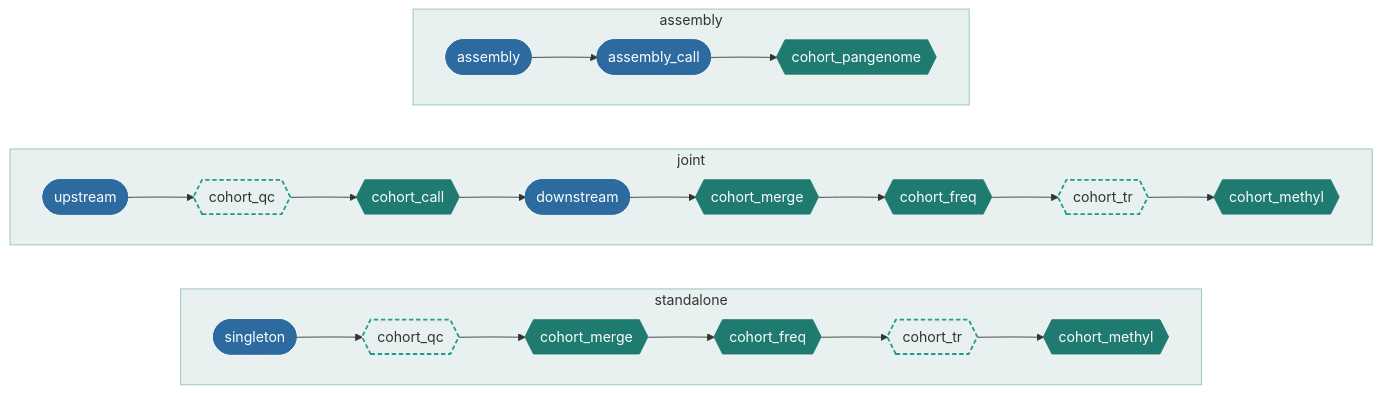
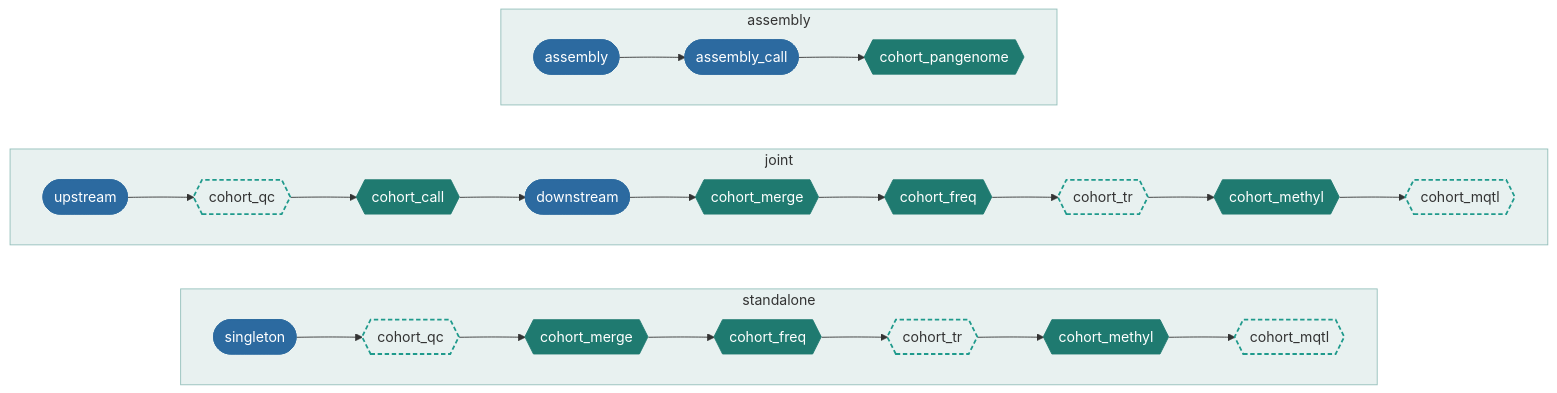
Before and after one commit to UppsalaGenomeCenter/ugc-wgw: the diagram in docs/guide/01-overview.md, drawn with Mermaid. The commit also changed other lines of this file and 39 other files, not shown here.

````diff
--- a/docs/guide/01-overview.md
+++ b/docs/guide/01-overview.md
@@ -39,21 +39,21 @@
 ```mermaid
 flowchart LR
   subgraph standalone
     direction LR
-    a1(["singleton"]):::sample --> a0{{"cohort_qc"}}:::optional --> a2{{"cohort_merge"}}:::cohort --> a3{{"cohort_freq"}}:::cohort --> a5{{"cohort_tr"}}:::optional --> a4{{"cohort_methyl"}}:::cohort
+    a1(["singleton"]):::sample --> a0{{"cohort_qc"}}:::optional --> a2{{"cohort_merge"}}:::cohort --> a3{{"cohort_freq"}}:::cohort --> a5{{"cohort_tr"}}:::optional --> a4{{"cohort_methyl"}}:::cohort --> a6{{"cohort_mqtl"}}:::optional
   end
   subgraph joint
     direction LR
-    b1(["upstream"]):::sample --> b0{{"cohort_qc"}}:::optional --> b2{{"cohort_call"}}:::cohort --> b3(["downstream"]):::sample --> b4{{"cohort_merge"}}:::cohort --> b5{{"cohort_freq"}}:::cohort --> b7{{"cohort_tr"}}:::optional --> b6{{"cohort_methyl"}}:::cohort
+    b1(["upstream"]):::sample --> b0{{"cohort_qc"}}:::optional --> b2{{"cohort_call"}}:::cohort --> b3(["downstream"]):::sample --> b4{{"cohort_merge"}}:::cohort --> b5{{"cohort_freq"}}:::cohort --> b7{{"cohort_tr"}}:::optional --> b6{{"cohort_methyl"}}:::cohort --> b8{{"cohort_mqtl"}}:::optional
   end
   subgraph assembly
     direction LR
     c1(["assembly"]):::sample --> c2(["assembly_call"]):::sample --> c3{{"cohort_pangenome"}}:::cohort
   end
   classDef default fill:none,stroke:#8a8f95
   classDef sample fill:#2c6aa0,stroke:#2c6aa0,color:#ffffff
   classDef cohort fill:#1f7a70,stroke:#1f7a70,color:#ffffff
   classDef optional fill:none,stroke:#1f9a8c,stroke-width:2px,stroke-dasharray:5 3
   classDef box fill:#1f7a70,fill-opacity:0.10,stroke:#1f7a70,stroke-opacity:0.45
   class standalone,joint,assembly box
 ```
````
